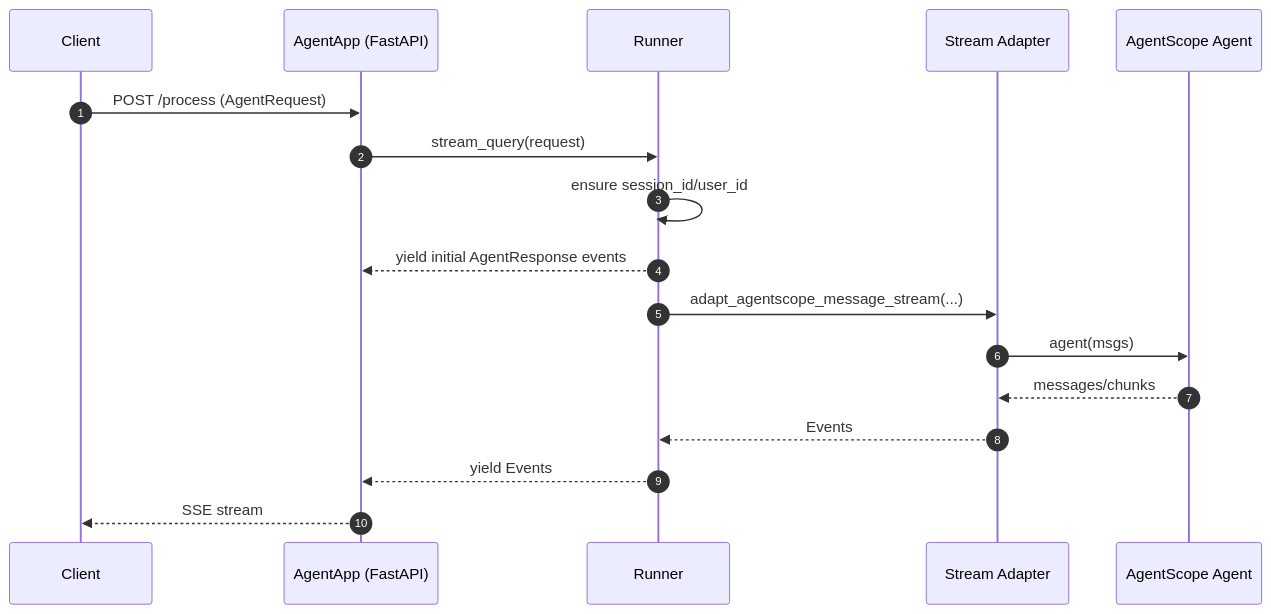
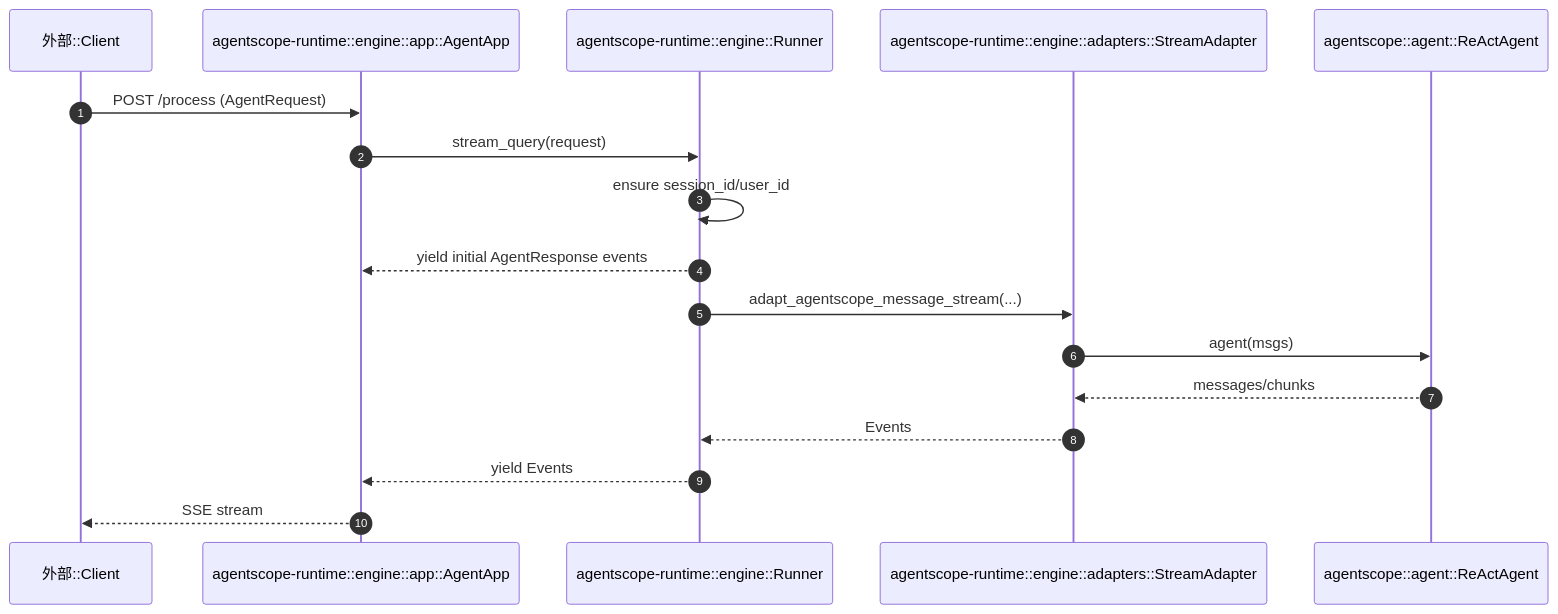
Before and after one commit to a2903214/agentscope-learning: the second of 4 diagrams in docs/agentscope-codebase/00-overall-design/core_module_design.zh-CN.md, drawn with Mermaid. The commit also changed other lines of this file and 8 other files, not shown here.

Commit message:
更新文档：完善整体设计与模块结构分析，增加时序图与模块调用关系图，采用模块::参与者形式标注参与者来源。涉及内容包括 agentscope、agentscope-runtime、agentscope-studio、agentscope-spark-design 和 agentscope-samples 的代码结构与功能描述。

````diff
--- a/docs/agentscope-codebase/00-overall-design/core_module_design.zh-CN.md
+++ b/docs/agentscope-codebase/00-overall-design/core_module_design.zh-CN.md
@@ -87,20 +91,20 @@
 ```mermaid
 sequenceDiagram
   autonumber
-  participant C as Client
-  participant App as AgentApp (FastAPI)
-  participant R as Runner
-  participant Adapter as Stream Adapter
-  participant A as AgentScope Agent
+  participant C as 外部::Client
+  participant App as agentscope-runtime::engine::app::AgentApp
+  participant R as agentscope-runtime::engine::Runner
+  participant Adapter as agentscope-runtime::engine::adapters::StreamAdapter
+  participant A as agentscope::agent::ReActAgent
 
   C->>App: POST /process (AgentRequest)
   App->>R: stream_query(request)
   R->>R: ensure session_id/user_id
   R-->>App: yield initial AgentResponse events
   R->>Adapter: adapt_agentscope_message_stream(...)
   Adapter->>A: agent(msgs)
   A-->>Adapter: messages/chunks
   Adapter-->>R: Events
   R-->>App: yield Events
   App-->>C: SSE stream
 ```
````
